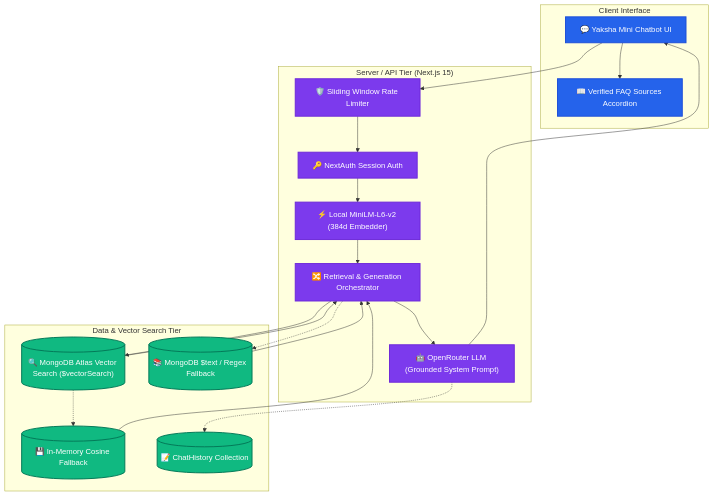
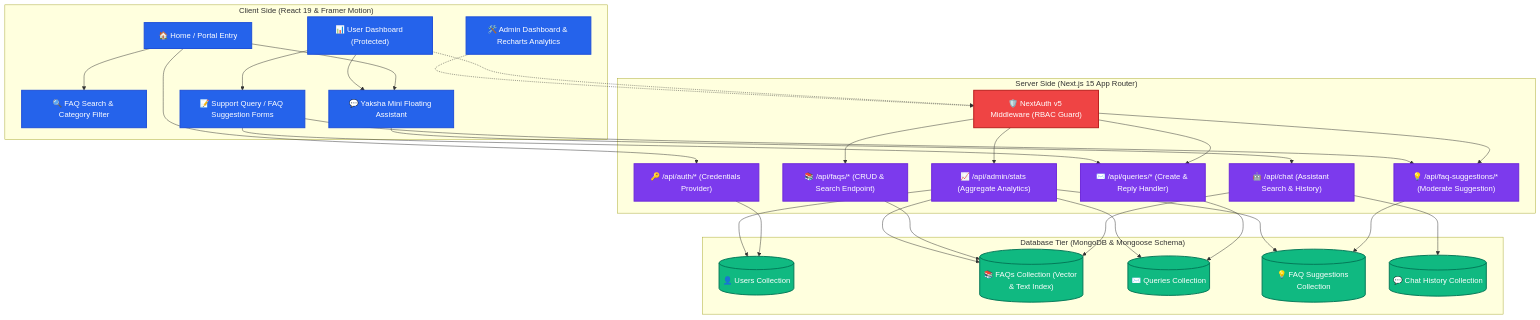
Before and after one commit to Umesh-369/FAQ-Internship-Portal: the diagram in README.md, drawn with Mermaid. The commit also changed other lines of this file, not shown here.

Commit message:
docs: update README documentation and architecture details

````diff
--- a/README.md
+++ b/README.md
@@ -21,49 +19,70 @@
 ```mermaid
 graph TD
     classDef client fill:#2563EB,stroke:#1D4ED8,stroke-width:2px,color:#FFF;
     classDef server fill:#7C3AED,stroke:#6D28D9,stroke-width:2px,color:#FFF;
-    classDef rag fill:#D97706,stroke:#B45309,stroke-width:2px,color:#FFF;
     classDef db fill:#10B981,stroke:#047857,stroke-width:2px,color:#FFF;
+    classDef guard fill:#EF4444,stroke:#B91C1C,stroke-width:2px,color:#FFF;
 
-    subgraph UserInterface ["Client Interface"]
-        ChatUI["💬 Yaksha Mini Chatbot UI"]
-        SourcesView["📖 Verified FAQ Sources Accordion"]
+    subgraph Client ["Client Side (React 19 & Framer Motion)"]
+        Landing["🏠 Home / Portal Entry"]
+        FaqView["🔍 FAQ Search & Category Filter"]
+        UserDash["📊 User Dashboard (Protected)"]
+        ChatBot["💬 Yaksha Mini Floating Assistant"]
+        AdminDash["🛠️ Admin Dashboard & Recharts Analytics"]
+        Submitter["📝 Support Query / FAQ Suggestion Forms"]
     end
 
-    subgraph BackendAPI ["Server / API Tier (Next.js 15)"]
-        RateLimit["🛡️ Sliding Window Rate Limiter"]
-        AuthCheck["🔑 NextAuth Session Auth"]
-        Embedder["⚡ Local MiniLM-L6-v2 (384d Embedder)"]
-        Router["🔀 Retrieval & Generation Orchestrator"]
-        LLM["🤖 OpenRouter LLM (Grounded System Prompt)"]
+    subgraph Server ["Server Side (Next.js 15 App Router)"]
+        Middleware["🛡️ NextAuth v5 Middleware (RBAC Guard)"]
+        API_Auth["🔑 /api/auth/* (Credentials Provider)"]
+        API_Chat["🤖 /api/chat (Assistant Search & History)"]
+        API_FAQs["📚 /api/faqs/* (CRUD & Search Endpoint)"]
+        API_Queries["✉️ /api/queries/* (Create & Reply Handler)"]
+        API_Suggest["💡 /api/faq-suggestions/* (Moderate Suggestion)"]
+        API_Stats["📈 /api/admin/stats (Aggregate Analytics)"]
     end
 
-    subgraph DataTier ["Data & Vector Search Tier"]
-        AtlasVector[("🔍 MongoDB Atlas Vector Search ($vectorSearch)")]
-        MemCosine[("💾 In-Memory Cosine Fallback")]
-        TextIndex[("📚 MongoDB $text / Regex Fallback")]
-        ChatHist[("📝 ChatHistory Collection")]
+    subgraph DB ["Database Tier (MongoDB & Mongoose Schema)"]
+        Coll_Users[("👤 Users Collection")]
+        Coll_FAQs[("📚 FAQs Collection (Vector & Text Index)")]
+        Coll_Queries[("✉️ Queries Collection")]
+        Coll_Suggestions[("💡 FAQ Suggestions Collection")]
+        Coll_Chat[("💬 Chat History Collection")]
     end
 
-    ChatUI --> RateLimit
-    RateLimit --> AuthCheck
-    AuthCheck --> Embedder
-    Embedder --> Router
+    Landing --> FaqView
+    Landing --> ChatBot
+    UserDash --> Submitter
+    UserDash --> ChatBot
 
-    Router --> AtlasVector
-    AtlasVector -.-> MemCosine
-    Router -.-> TextIndex
+    %% Middleware flow
+    UserDash -.-> Middleware
+    AdminDash -.-> Middleware
+    Middleware --> API_FAQs
+    Middleware --> API_Queries
+    Middleware --> API_Suggest
+    Middleware --> API_Stats
 
-    AtlasVector --> Router
-    MemCosine --> Router
-    TextIndex --> Router
+    %% Direct endpoints
+    Submitter --> API_Queries
+    Submitter --> API_Suggest
+    ChatBot --> API_Chat
+    Landing --> API_Auth
 
-    Router --> LLM
-    LLM --> ChatUI
-    LLM -.-> ChatHist
-    ChatUI --> SourcesView
+    %% API to DB
+    API_Auth --> Coll_Users
+    API_Chat --> Coll_FAQs
+    API_Chat --> Coll_Chat
+    API_FAQs --> Coll_FAQs
+    API_Queries --> Coll_Queries
+    API_Suggest --> Coll_Suggestions
+    API_Stats --> Coll_Users
+    API_Stats --> Coll_FAQs
+    API_Stats --> Coll_Queries
+    API_Stats --> Coll_Suggestions
 
-    class ChatUI,SourcesView client;
-    class RateLimit,AuthCheck,Embedder,Router,LLM server;
-    class AtlasVector,MemCosine,TextIndex,ChatHist db;
+    class Landing,FaqView,UserDash,ChatBot,AdminDash,Submitter client;
+    class Middleware guard;
+    class API_Auth,API_Chat,API_FAQs,API_Queries,API_Suggest,API_Stats server;
+    class Coll_Users,Coll_FAQs,Coll_Queries,Coll_Suggestions,Coll_Chat db;
 ```
````
